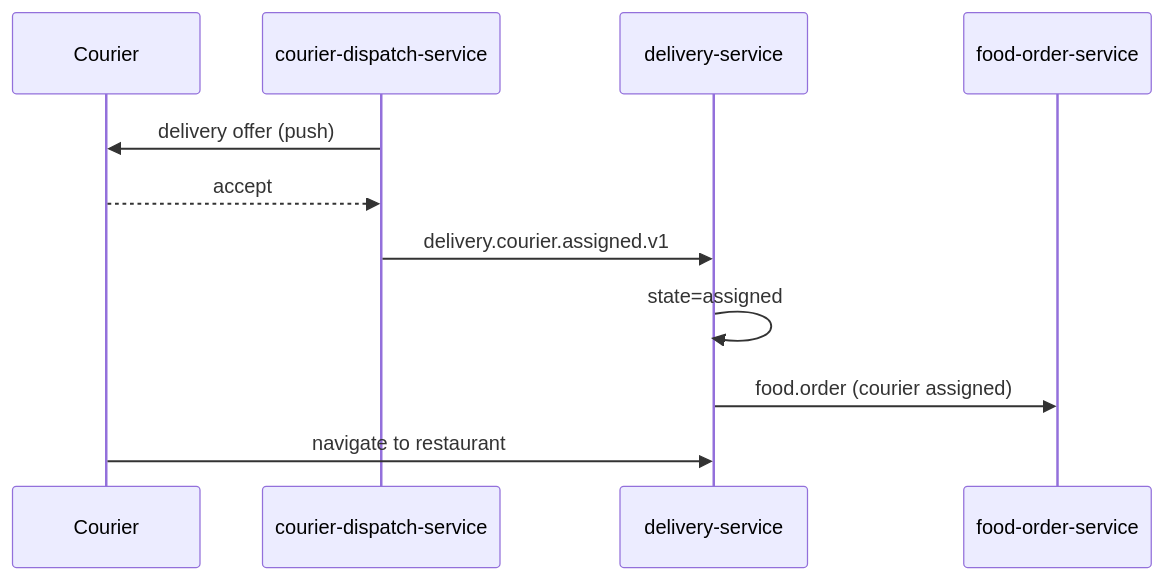
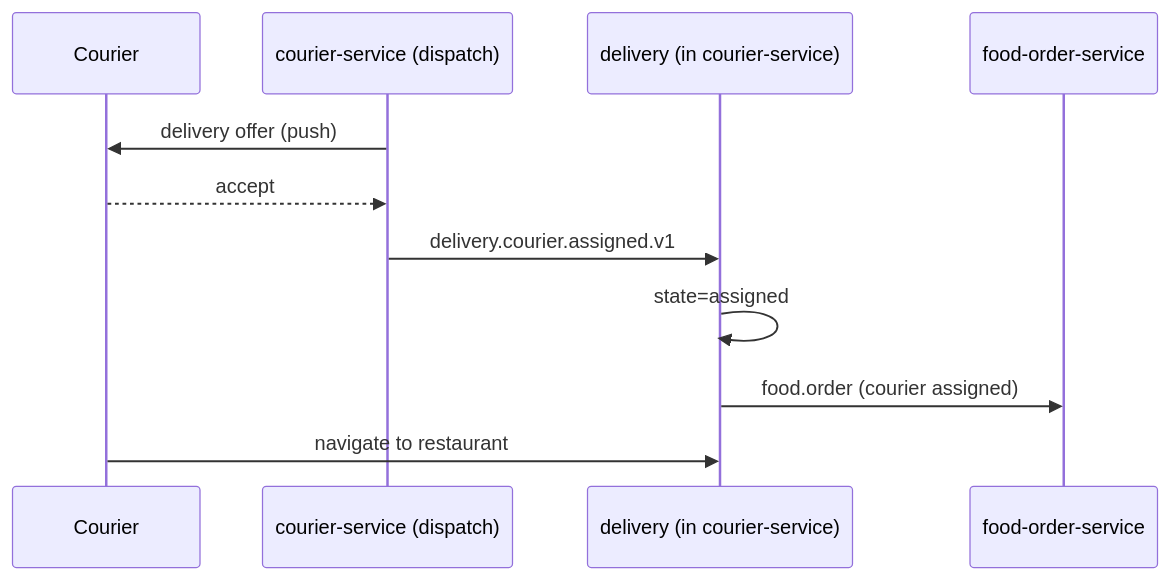
The third of 7 diagrams in docs/workflows/COURIER_WORKFLOWS.md (mohamedhabibwork/trips-enjoy-docs), drawn with Mermaid before and after one commit. The commit also changed other lines of this file and 525 other files, not shown here.

````diff
--- a/docs/workflows/COURIER_WORKFLOWS.md
+++ b/docs/workflows/COURIER_WORKFLOWS.md
@@ -82,14 +52,14 @@
 ```mermaid
 sequenceDiagram
     participant CR as Courier
-    participant CDP as courier-dispatch-service
-    participant DLV as delivery-service
+    participant COS as courier-service (dispatch)
+    participant DLV as delivery (in courier-service)
     participant FOR as food-order-service
 
-    CDP->>CR: delivery offer (push)
-    CR-->>CDP: accept
-    CDP->>DLV: delivery.courier.assigned.v1
+    COS->>CR: delivery offer (push)
+    CR-->>COS: accept
+    COS->>DLV: delivery.courier.assigned.v1
     DLV->>DLV: state=assigned
     DLV->>FOR: food.order (courier assigned)
     CR->>DLV: navigate to restaurant
 ```
````
